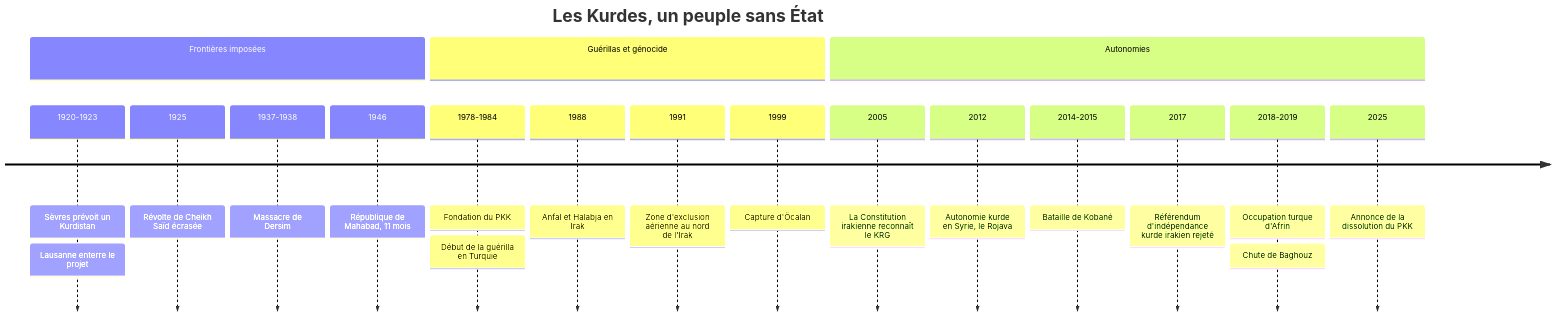
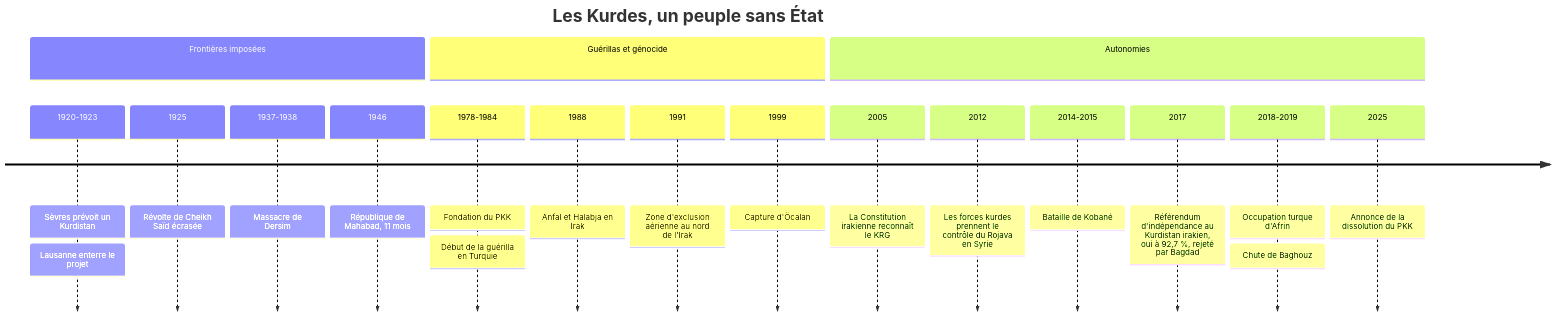
One commit to rwmicro/pensine changed the diagram in Social Sciences/History/Kurdes/Histoire.md. Above: the diagram before and after it, drawn with Mermaid. The commit also changed 9 other files, not shown here.

````diff
--- a/Social Sciences/History/Kurdes/Histoire.md
+++ b/Social Sciences/History/Kurdes/Histoire.md
@@ -157,21 +157,21 @@
 ```mermaid
 timeline
     title Les Kurdes, un peuple sans État
     section Frontières imposées
         1920-1923 : Sèvres prévoit un Kurdistan : Lausanne enterre le projet
         1925 : Révolte de Cheikh Saïd écrasée
         1937-1938 : Massacre de Dersim
         1946 : République de Mahabad, 11 mois
     section Guérillas et génocide
         1978-1984 : Fondation du PKK : Début de la guérilla en Turquie
         1988 : Anfal et Halabja en Irak
         1991 : Zone d'exclusion aérienne au nord de l'Irak
         1999 : Capture d'Öcalan
     section Autonomies
         2005 : La Constitution irakienne reconnaît le KRG
-        2012 : Autonomie kurde en Syrie, le Rojava
+        2012 : Les forces kurdes prennent le contrôle du Rojava en Syrie
         2014-2015 : Bataille de Kobané
-        2017 : Référendum d'indépendance kurde irakien rejeté
+        2017 : Référendum d'indépendance au Kurdistan irakien, oui à 92,7 %, rejeté par Bagdad
         2018-2019 : Occupation turque d'Afrin : Chute de Baghouz
         2025 : Annonce de la dissolution du PKK
 ```
````
